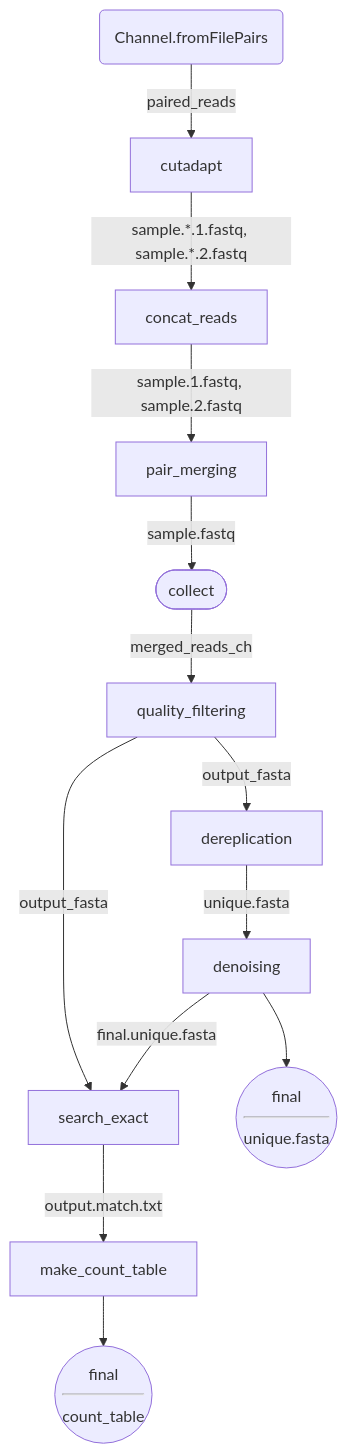
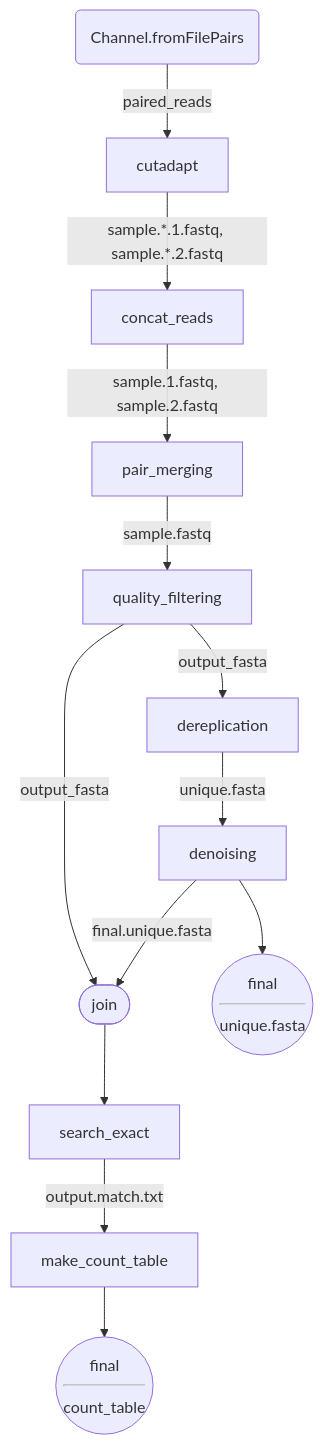
The diagram in README.md (ncezid-biome/HMAS-QC-Pipeline2), drawn with Mermaid before and after one commit. The commit also changed other lines of this file and 1 other file, not shown here.

Commit message:
sample based flowchart

````diff
--- a/README.md
+++ b/README.md
@@ -73,27 +73,27 @@
 ```mermaid
 flowchart TD
     p0(Channel.fromFilePairs)
     p10[cutadapt]
     p11[concat_reads]
     p12[pair_merging]
-    p13([collect])
-    p14[quality_filtering]
-    p15[dereplication]
-    p16[denoising]
+    p13[quality_filtering]
+    p14[dereplication]
+    p15[denoising]
+    p16([join])
     p17[search_exact]
     p18[make_count_table]
     p19((final<hr>count_table ))
     p20((final<hr>unique.fasta))
     p0 -->|paired_reads| p10
     p10 --> |sample.*.1.fastq, sample.*.2.fastq| p11
     p11 --> |sample.1.fastq, sample.2.fastq|p12
     p12 --> |sample.fastq| p13
-    p13 -->|merged_reads_ch| p14
-    p14 --> |output_fasta| p15
-    p15 --> |unique.fasta|p16
-    p16 --> |final.unique.fasta|p17
-    p14 -->|output_fasta| p17
+    p13 --> |output_fasta| p14
+    p14 --> |unique.fasta|p15
+    p15 --> |final.unique.fasta|p16
+    p13 --> |output_fasta| p16
+    p16 --> p17
     p17 --> |output.match.txt| p18
     p18 --> p19
-    p16 --> p20
+    p15 --> p20
 ```
````
